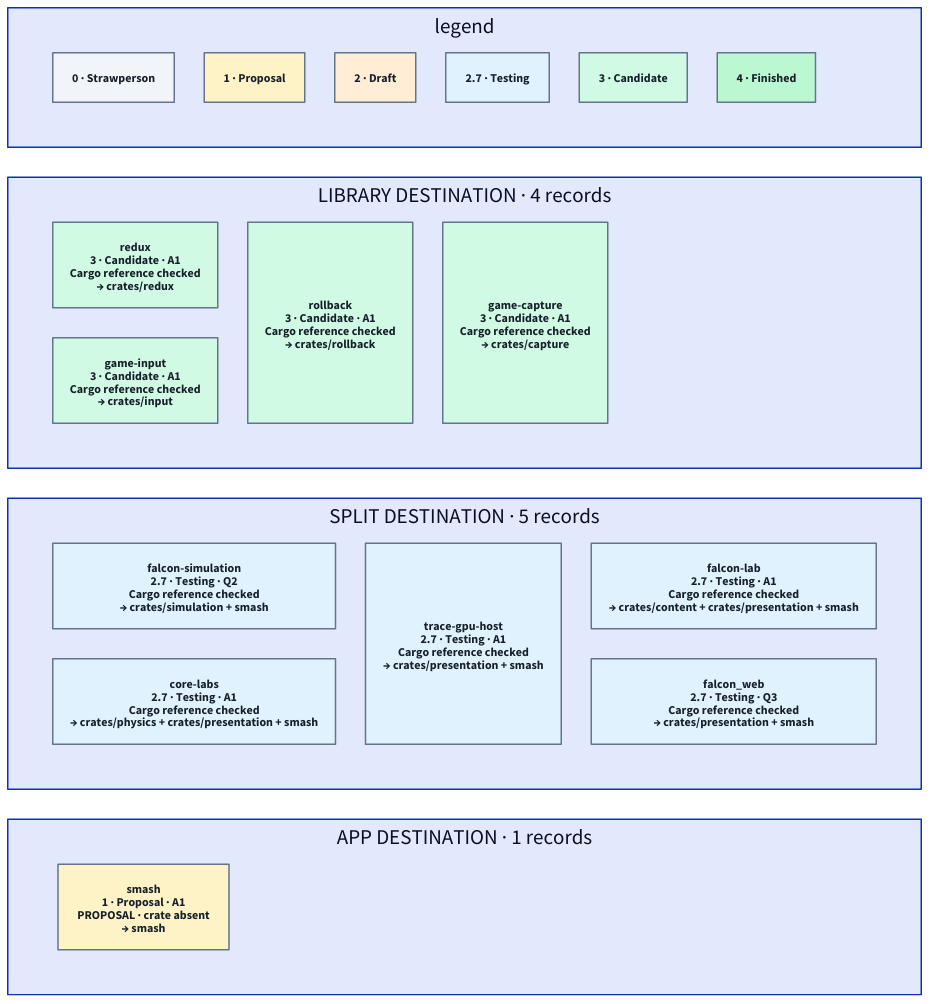
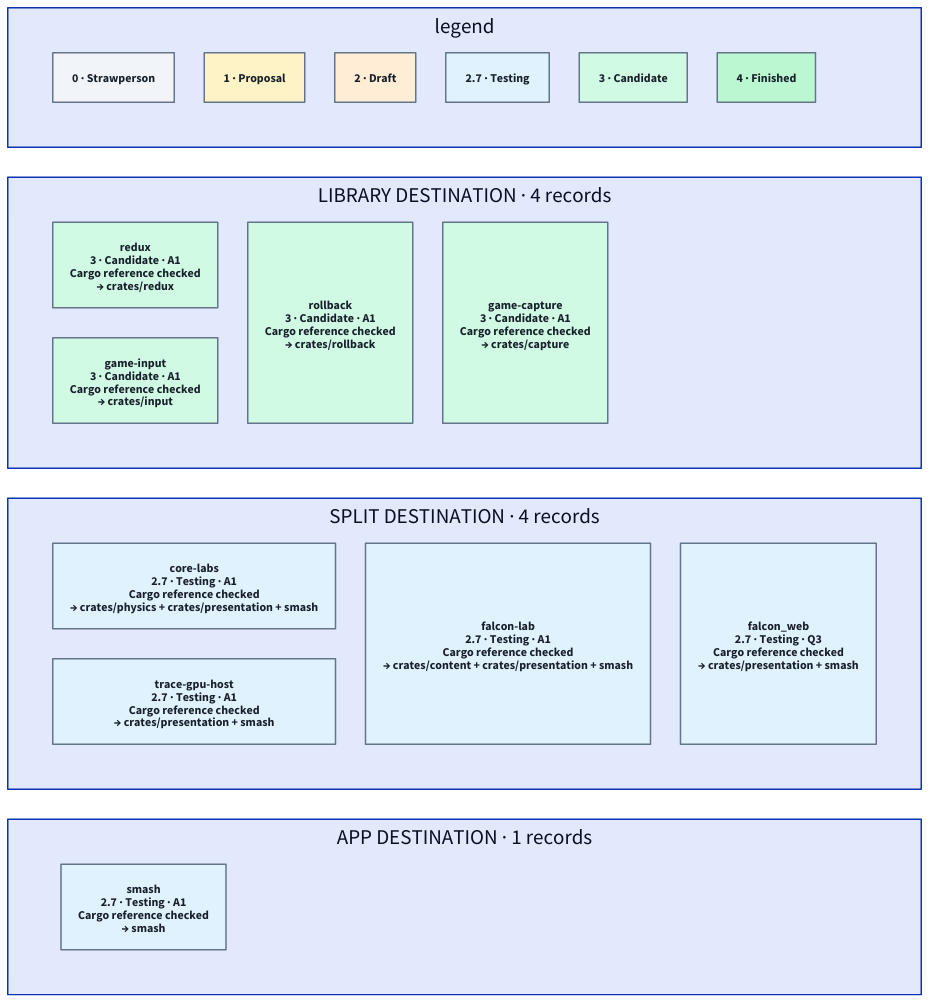
One commit to hafley66/hafley-rs changed the diagram in games/classification/3_registry.d2. Above: the diagram before and after it, drawn with D2. The commit also changed 33 other files, not shown here.

First line of the commit message:
refactor(games): move Falcon policy into smash

```diff
--- a/games/classification/3_registry.d2
+++ b/games/classification/3_registry.d2
@@ -1,31 +1,30 @@
 # Generated from 1_registry.tsp. Do not edit.
 label: "05 · CHECKED CRATE INVENTORY / TC39-style promotion stages"
 grid-columns: 1
 legend: {
 grid-columns: 6
 s0: "0 · Strawperson" {style.fill: "#F1F5F9"; style.font-color: "#17202A"; style.stroke: "#64748B"}
 s1: "1 · Proposal" {style.fill: "#FEF3C7"; style.font-color: "#17202A"; style.stroke: "#64748B"}
 s2: "2 · Draft" {style.fill: "#FFEDD5"; style.font-color: "#17202A"; style.stroke: "#64748B"}
 s3: "2.7 · Testing" {style.fill: "#E0F2FE"; style.font-color: "#17202A"; style.stroke: "#64748B"}
 s4: "3 · Candidate" {style.fill: "#D1FAE5"; style.font-color: "#17202A"; style.stroke: "#64748B"}
 s5: "4 · Finished" {style.fill: "#BBF7D0"; style.font-color: "#17202A"; style.stroke: "#64748B"}
 }
 library: "LIBRARY DESTINATION · 4 records" {
 grid-columns: 3
 "redux": "redux\n3 · Candidate · A1\nCargo reference checked\n→ crates/redux" {style.fill: "#D1FAE5"; style.font-color: "#17202A"; style.stroke: "#64748B"}
 "game-input": "game-input\n3 · Candidate · A1\nCargo reference checked\n→ crates/input" {style.fill: "#D1FAE5"; style.font-color: "#17202A"; style.stroke: "#64748B"}
 "rollback": "rollback\n3 · Candidate · A1\nCargo reference checked\n→ crates/rollback" {style.fill: "#D1FAE5"; style.font-color: "#17202A"; style.stroke: "#64748B"}
 "game-capture": "game-capture\n3 · Candidate · A1\nCargo reference checked\n→ crates/capture" {style.fill: "#D1FAE5"; style.font-color: "#17202A"; style.stroke: "#64748B"}
 }
-split: "SPLIT DESTINATION · 5 records" {
+split: "SPLIT DESTINATION · 4 records" {
 grid-columns: 3
-"falcon-simulation": "falcon-simulation\n2.7 · Testing · Q2\nCargo reference checked\n→ crates/simulation + smash" {style.fill: "#E0F2FE"; style.font-color: "#17202A"; style.stroke: "#64748B"}
 "core-labs": "core-labs\n2.7 · Testing · A1\nCargo reference checked\n→ crates/physics + crates/presentation + smash" {style.fill: "#E0F2FE"; style.font-color: "#17202A"; style.stroke: "#64748B"}
 "trace-gpu-host": "trace-gpu-host\n2.7 · Testing · A1\nCargo reference checked\n→ crates/presentation + smash" {style.fill: "#E0F2FE"; style.font-color: "#17202A"; style.stroke: "#64748B"}
 "falcon-lab": "falcon-lab\n2.7 · Testing · A1\nCargo reference checked\n→ crates/content + crates/presentation + smash" {style.fill: "#E0F2FE"; style.font-color: "#17202A"; style.stroke: "#64748B"}
 "falcon_web": "falcon_web\n2.7 · Testing · Q3\nCargo reference checked\n→ crates/presentation + smash" {style.fill: "#E0F2FE"; style.font-color: "#17202A"; style.stroke: "#64748B"}
 }
 app: "APP DESTINATION · 1 records" {
 grid-columns: 3
-"smash": "smash\n1 · Proposal · A1\nPROPOSAL · crate absent\n→ smash" {style.fill: "#FEF3C7"; style.font-color: "#17202A"; style.stroke: "#64748B"}
+"smash": "smash\n2.7 · Testing · A1\nCargo reference checked\n→ smash" {style.fill: "#E0F2FE"; style.font-color: "#17202A"; style.stroke: "#64748B"}
 }
```
